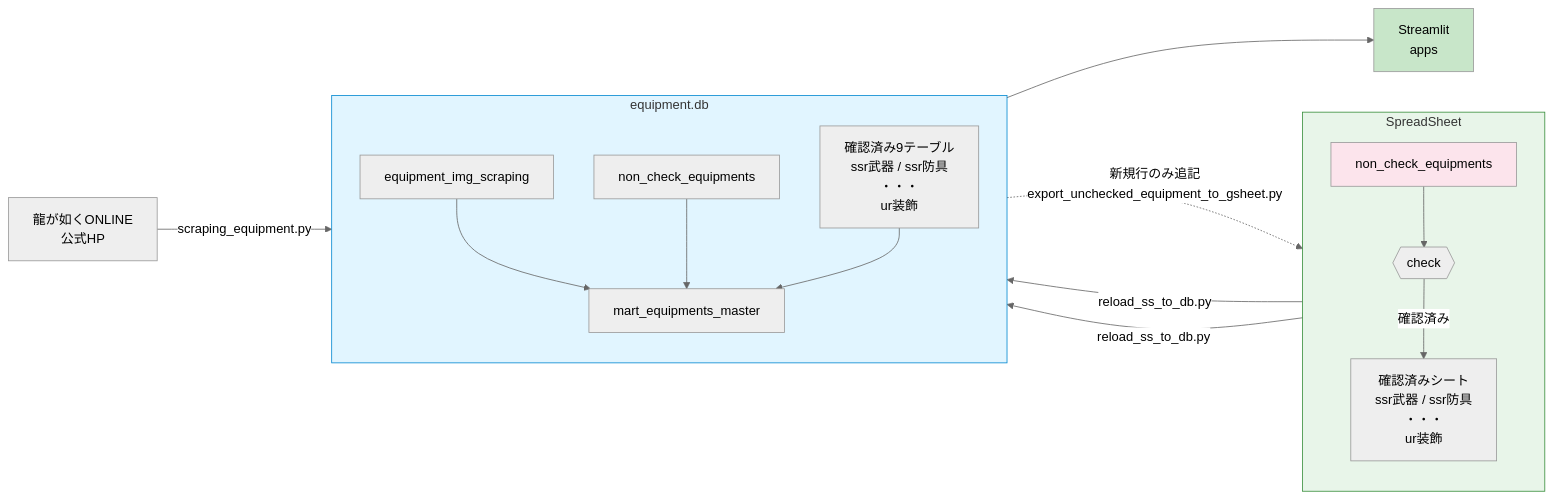
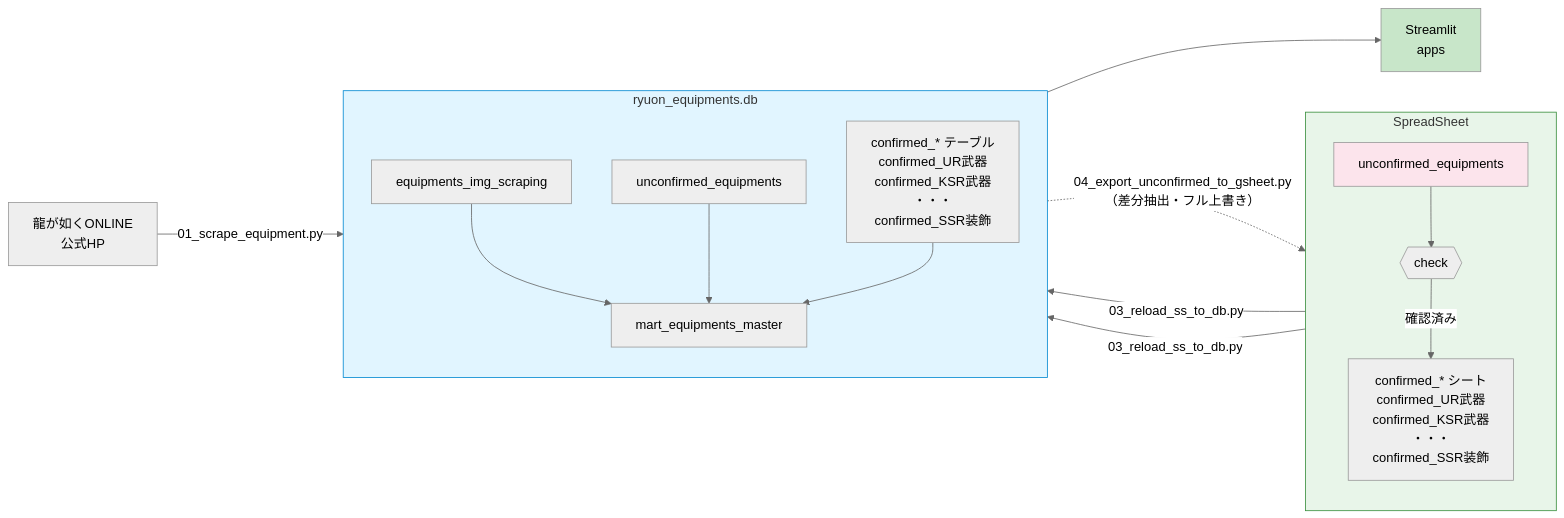
One commit to apricot496/ryuon_equipment0825 changed the diagram in README.md. Above: the diagram before and after it, drawn with Mermaid (neutral theme). The commit also changed other lines of this file, not shown here.

````diff
--- a/README.md
+++ b/README.md
@@ -57,37 +60,37 @@
 ```mermaid
 flowchart LR
   Web["龍が如くONLINE\n公式HP"]
 
   subgraph SS["SpreadSheet"]
     direction TB
-    SSNonCheck["non_check_equipments"]
+    SSUnconfirmed["unconfirmed_equipments"]
     Check{{"check"}}
-    SS9["確認済みシート\nssr武器 / ssr防具\n・・・\nur装飾"]
-    SSNonCheck --> Check
-    Check -->|"確認済み"| SS9
+    SSConfirmed["confirmed_* シート\nconfirmed_UR武器\nconfirmed_KSR武器\n・・・\nconfirmed_SSR装飾"]
+    SSUnconfirmed --> Check
+    Check -->|"確認済み"| SSConfirmed
   end
 
-  subgraph DB["equipment.db"]
+  subgraph DB["ryuon_equipments.db"]
     direction TB
-    ImgScraping["equipment_img_scraping"]
-    NonCheckDB["non_check_equipments"]
-    Tables9["確認済み9テーブル\nssr武器 / ssr防具\n・・・\nur装飾"]
+    ImgScraping["equipments_img_scraping"]
+    UnconfirmedDB["unconfirmed_equipments"]
+    ConfirmedTables["confirmed_* テーブル\nconfirmed_UR武器\nconfirmed_KSR武器\n・・・\nconfirmed_SSR装飾"]
     Mart["mart_equipments_master"]
     ImgScraping --> Mart
-    NonCheckDB --> Mart
-    Tables9 --> Mart
+    UnconfirmedDB --> Mart
+    ConfirmedTables --> Mart
   end
 
   App["Streamlit\napps"]
 
-  Web -->|"scraping_equipment.py"| ImgScraping
-  ImgScraping -.->|"新規行のみ追記\nexport_unchecked_equipment_to_gsheet.py"| SSNonCheck
-  SSNonCheck -->|"reload_ss_to_db.py"| NonCheckDB
-  SS9 -->|"reload_ss_to_db.py"| Tables9
+  Web -->|"01_scrape_equipment.py"| ImgScraping
+  ImgScraping -.->|"04_export_unconfirmed_to_gsheet.py\n（差分抽出・フル上書き）"| SSUnconfirmed
+  SSUnconfirmed -->|"03_reload_ss_to_db.py"| UnconfirmedDB
+  SSConfirmed -->|"03_reload_ss_to_db.py"| ConfirmedTables
   Mart --> App
 
   style SS fill:#e8f5e9,stroke:#388e3c
   style DB fill:#e1f5ff,stroke:#0288d1
-  style SSNonCheck fill:#fce4ec
+  style SSUnconfirmed fill:#fce4ec
   style App fill:#c8e6c9
 ```
````
